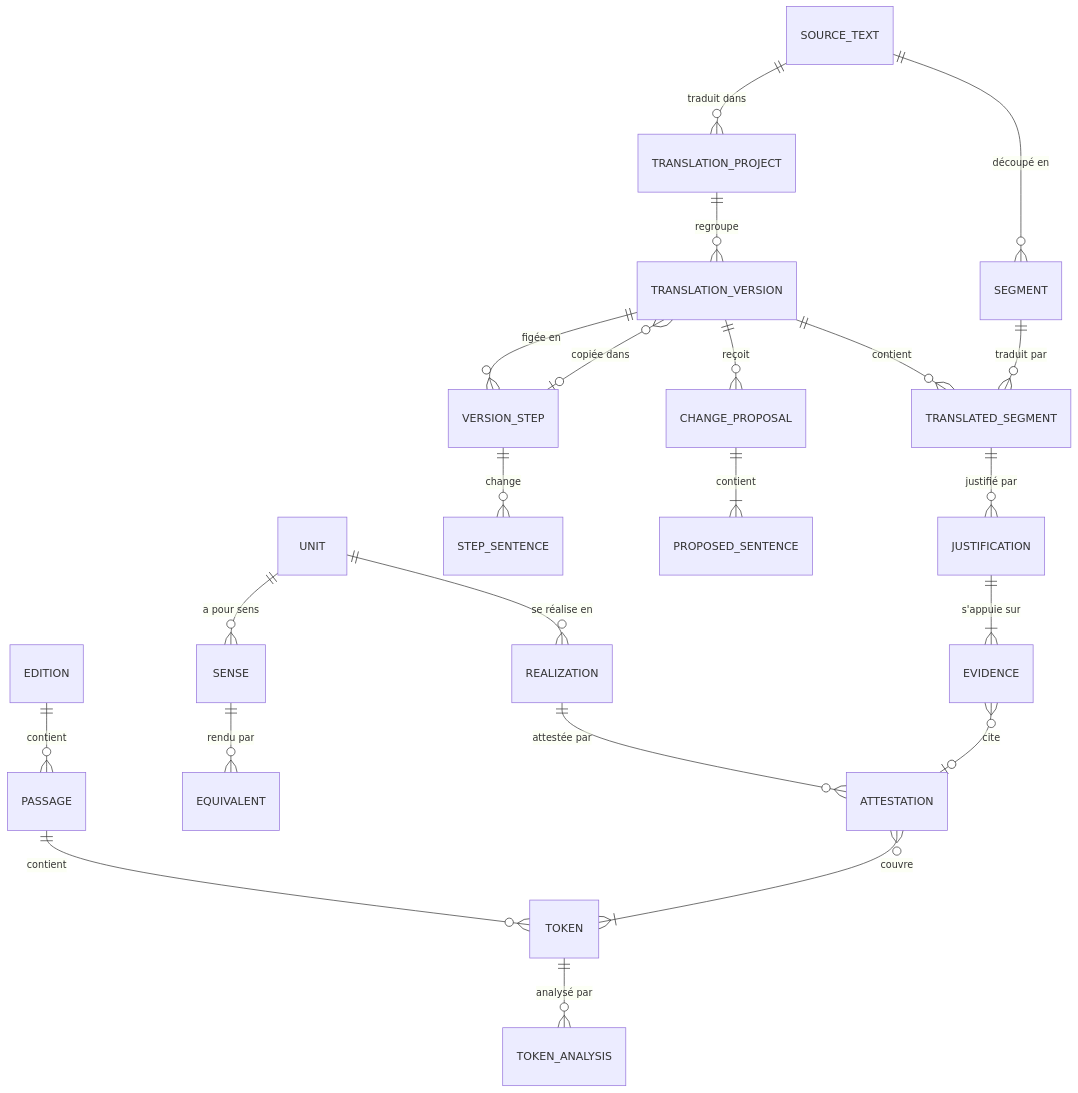
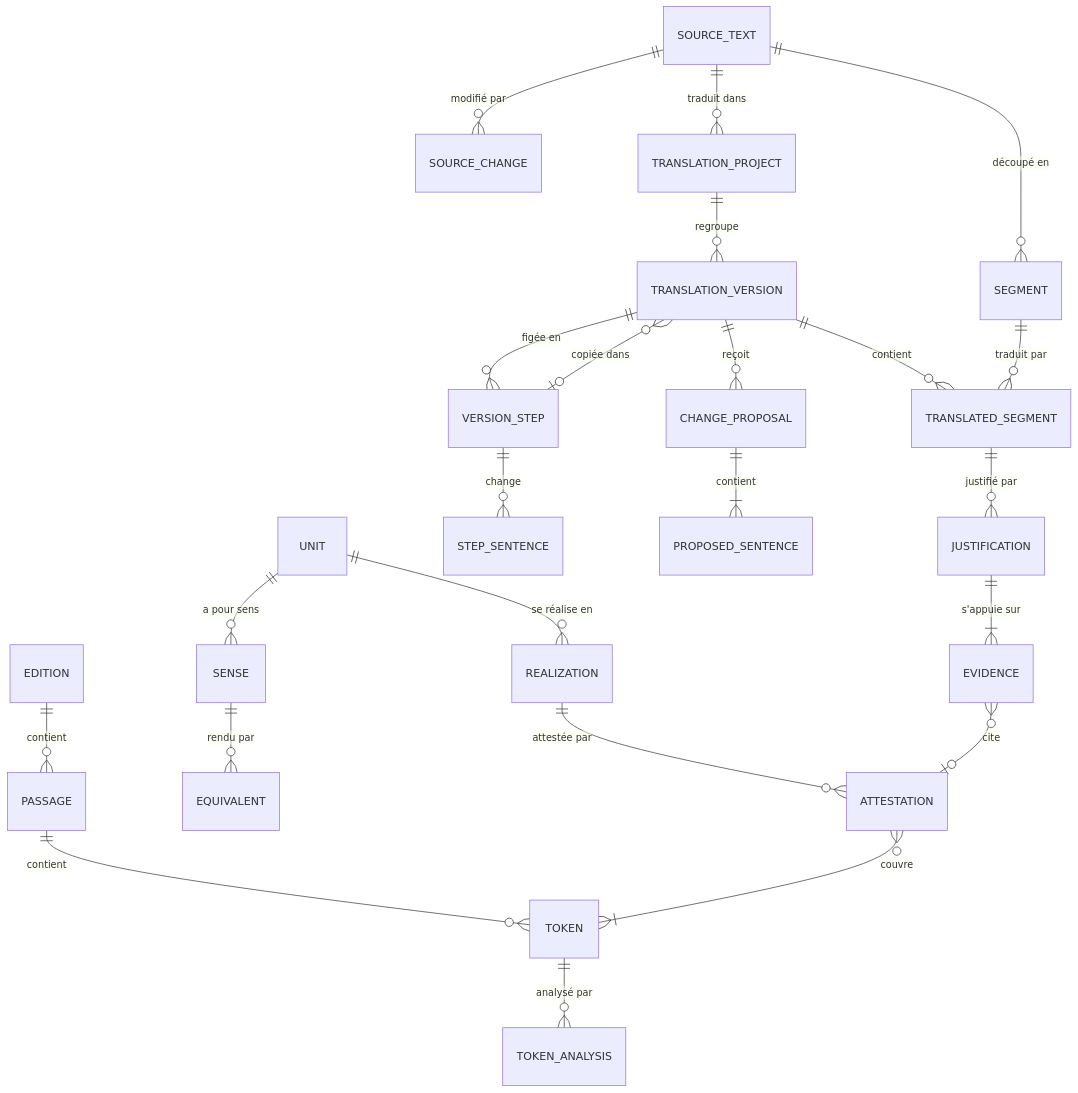
One commit to jderet/phraseologie-latine changed the diagram in docs/modele-de-donnees.md. Above: the diagram before and after it, drawn with Mermaid. The commit also changed other lines of this file and 34 other files, not shown here.

````diff
--- a/docs/modele-de-donnees.md
+++ b/docs/modele-de-donnees.md
@@ -7,24 +7,25 @@
 ```mermaid
 erDiagram
   EDITION ||--o{ PASSAGE : contient
   PASSAGE ||--o{ TOKEN : contient
   TOKEN ||--o{ TOKEN_ANALYSIS : "analysé par"
   UNIT ||--o{ REALIZATION : "se réalise en"
   UNIT ||--o{ SENSE : "a pour sens"
   SENSE ||--o{ EQUIVALENT : "rendu par"
   REALIZATION ||--o{ ATTESTATION : "attestée par"
   ATTESTATION }o--|{ TOKEN : couvre
   SOURCE_TEXT ||--o{ SEGMENT : "découpé en"
+  SOURCE_TEXT ||--o{ SOURCE_CHANGE : "modifié par"
   SOURCE_TEXT ||--o{ TRANSLATION_PROJECT : "traduit dans"
   TRANSLATION_PROJECT ||--o{ TRANSLATION_VERSION : regroupe
   TRANSLATION_VERSION ||--o{ TRANSLATED_SEGMENT : contient
   TRANSLATION_VERSION ||--o{ VERSION_STEP : "figée en"
   VERSION_STEP ||--o{ STEP_SENTENCE : "change"
   VERSION_STEP |o--o{ TRANSLATION_VERSION : "copiée dans"
   TRANSLATION_VERSION ||--o{ CHANGE_PROPOSAL : reçoit
   CHANGE_PROPOSAL ||--|{ PROPOSED_SENTENCE : contient
   SEGMENT ||--o{ TRANSLATED_SEGMENT : "traduit par"
   TRANSLATED_SEGMENT ||--o{ JUSTIFICATION : "justifié par"
   JUSTIFICATION ||--|{ EVIDENCE : "s'appuie sur"
   EVIDENCE }o--o| ATTESTATION : cite
 ```
````
